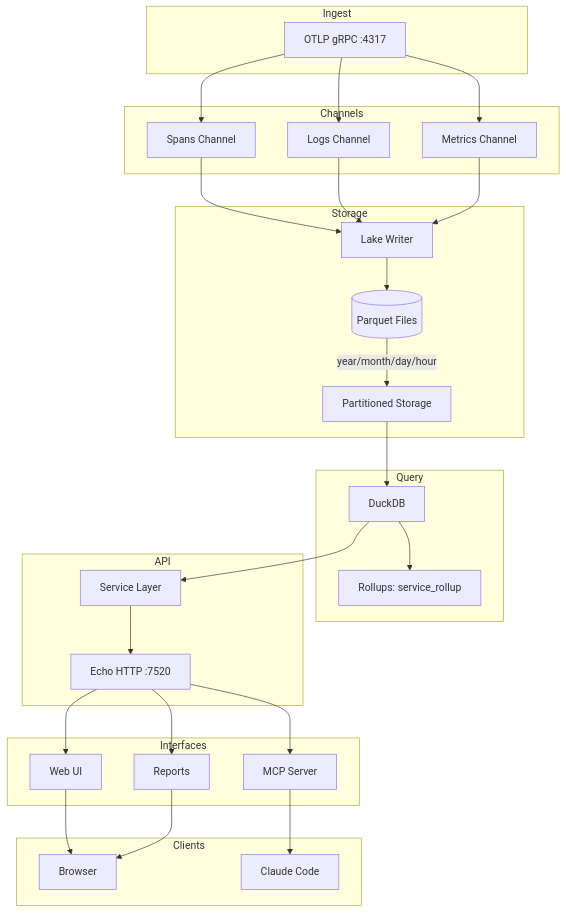
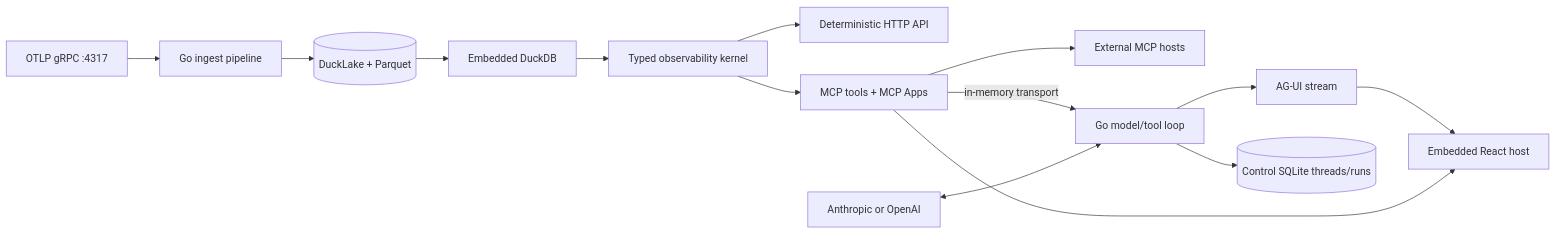
Before and after one commit to labstack/fanout: the diagram in CLAUDE.md, drawn with Mermaid. The commit also changed other lines of this file and 346 other files, not shown here.

Commit message:
rewrite web interface around AG-UI and MCP Apps

````diff
--- a/CLAUDE.md
+++ b/CLAUDE.md
@@ -11,48 +24,18 @@
 ```mermaid
-graph TB
-    subgraph Ingest
-        OTLP[OTLP gRPC :4317]
-    end
+flowchart LR
+    OTLP[OTLP gRPC :4317] --> INGEST[Go ingest pipeline]
+    INGEST --> LAKE[(DuckLake + Parquet)]
+    LAKE --> DUCK[Embedded DuckDB]
+    DUCK --> QUERY[Typed observability kernel]
 
-    subgraph Channels
-        CS[Spans Channel]
-        CL[Logs Channel]
-        CM[Metrics Channel]
-        OTLP --> CS & CL & CM
-    end
+    QUERY --> HTTP[Deterministic HTTP API]
+    QUERY --> MCP[MCP tools + MCP Apps]
+    MCP --> EXT[External MCP hosts]
+    MCP -->|in-memory transport| AGENT[Go model/tool loop]
+    MODEL[Anthropic or OpenAI] <--> AGENT
+    AGENT --> AGUI[AG-UI stream]
+    AGENT --> SQLITE[(Control SQLite threads/runs)]
 
-    subgraph Storage
-        LW[Lake Writer]
-        CS & CL & CM --> LW
-        LW --> PQ[(Parquet Files)]
-        PQ --> |year/month/day/hour| PART[Partitioned Storage]
-    end
-
-    subgraph Query
-        DUCK[DuckDB]
-        PART --> DUCK
-        DUCK --> ROLL[Rollups: service_rollup]
-    end
-
-    subgraph API
-        ECHO[Echo HTTP :7520]
-        SVC[Service Layer]
-        DUCK --> SVC
-        SVC --> ECHO
-    end
-
-    subgraph Interfaces
-        UI[Web UI]
-        MCP[MCP Server]
-        REPORTS[Reports]
-        ECHO --> UI & MCP & REPORTS
-    end
-
-    subgraph Clients
-        BROWSER[Browser]
-        CLAUDE[Claude Code]
-        UI --> BROWSER
-        MCP --> CLAUDE
-        REPORTS --> BROWSER
-    end
+    AGUI --> WEB[Embedded React host]
+    MCP --> WEB
 ```
````
